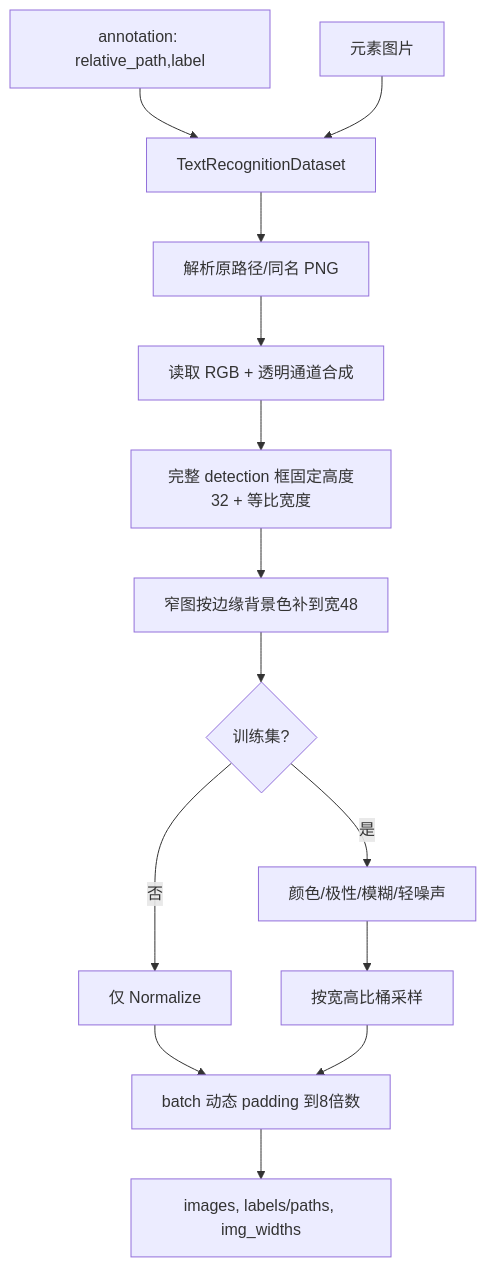
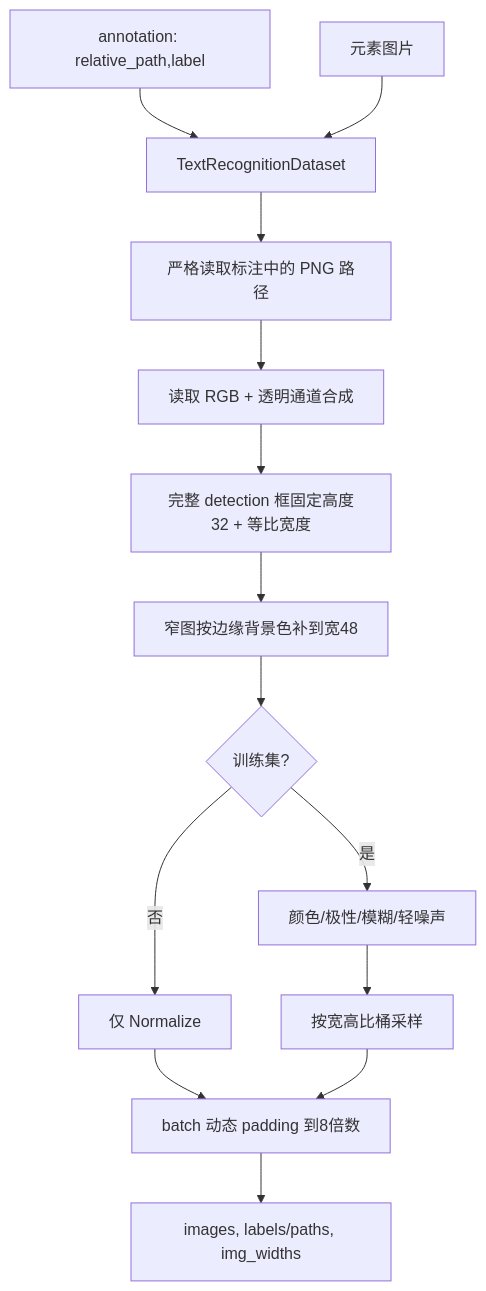
Before and after one commit to MAKENOTES/ocr-web: the first of 3 diagrams in docs/recognition.md, drawn with Mermaid. The commit also changed other lines of this file and 6 other files, not shown here.

````diff
--- a/docs/recognition.md
+++ b/docs/recognition.md
@@ -11,16 +11,16 @@
 ```mermaid
 flowchart TD
     A[annotation: relative_path,label] --> DS[TextRecognitionDataset]
     I[元素图片] --> DS
-    DS --> PNG[解析原路径/同名 PNG]
+    DS --> PNG[严格读取标注中的 PNG 路径]
     PNG --> RGB[读取 RGB + 透明通道合成]
     RGB --> RESIZE[完整 detection 框固定高度32 + 等比宽度]
     RESIZE --> MINW[窄图按边缘背景色补到宽48]
     MINW --> AUG{训练集?}
     AUG -->|是| TA[颜色/极性/模糊/轻噪声]
     AUG -->|否| NORM[仅 Normalize]
     TA --> BUCKET[按宽高比桶采样]
     NORM --> PAD[batch 动态 padding 到8倍数]
     BUCKET --> PAD
     PAD --> OUT[images, labels/paths, img_widths]
 ```
````
